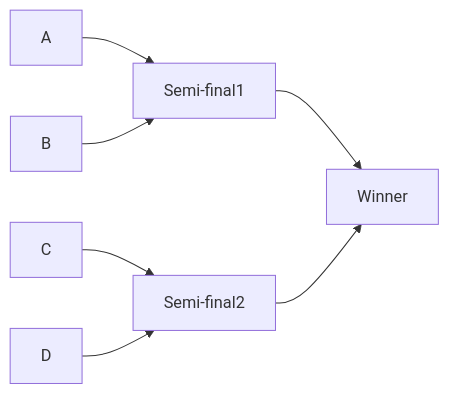
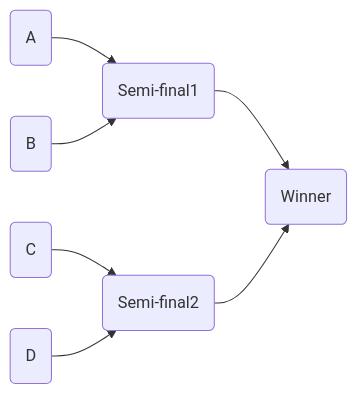
One commit to vgmda/CompetitionTracker changed the diagram in README.md. Above: the diagram before and after it, drawn with Mermaid.

````diff
--- a/README.md
+++ b/README.md
@@ -7,12 +7,11 @@
 ```mermaid
 graph LR;
-A-->Semi-final1;
-B-->Semi-final1;
-C-->Semi-final2;
-D-->Semi-final2;
-Semi-final1-->Winner;
-Semi-final2-->Winner;
-   
-    
+A1(A)-->Semi-final1(Semi-final1);
+B1(B)-->Semi-final1(Semi-final1);
+C1(C)-->Semi-final2(Semi-final2);
+D1(D)-->Semi-final2(Semi-final2);
+Semi-final1(Semi-final1)-->Winner(Winner);
+Semi-final2(Semi-final2)-->Winner(Winner);
+
 
 ```
````
